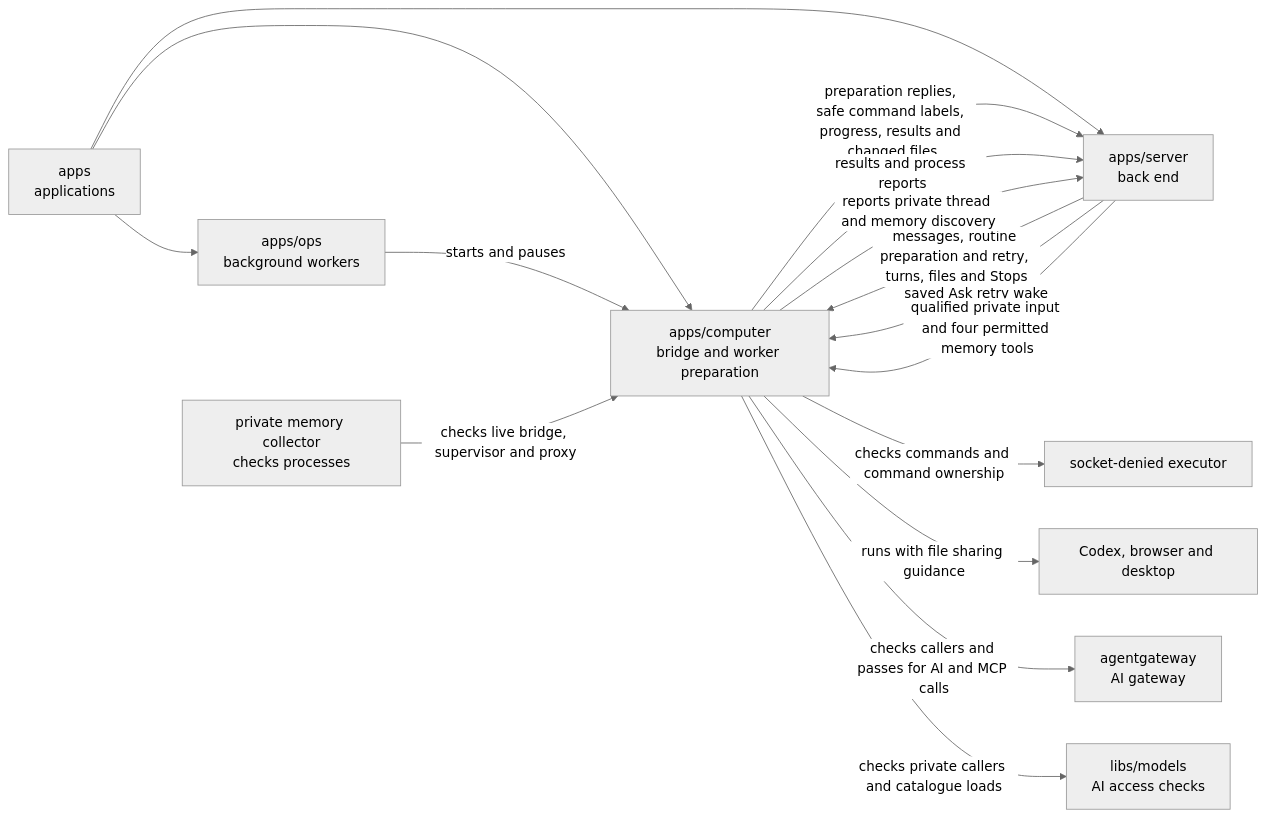
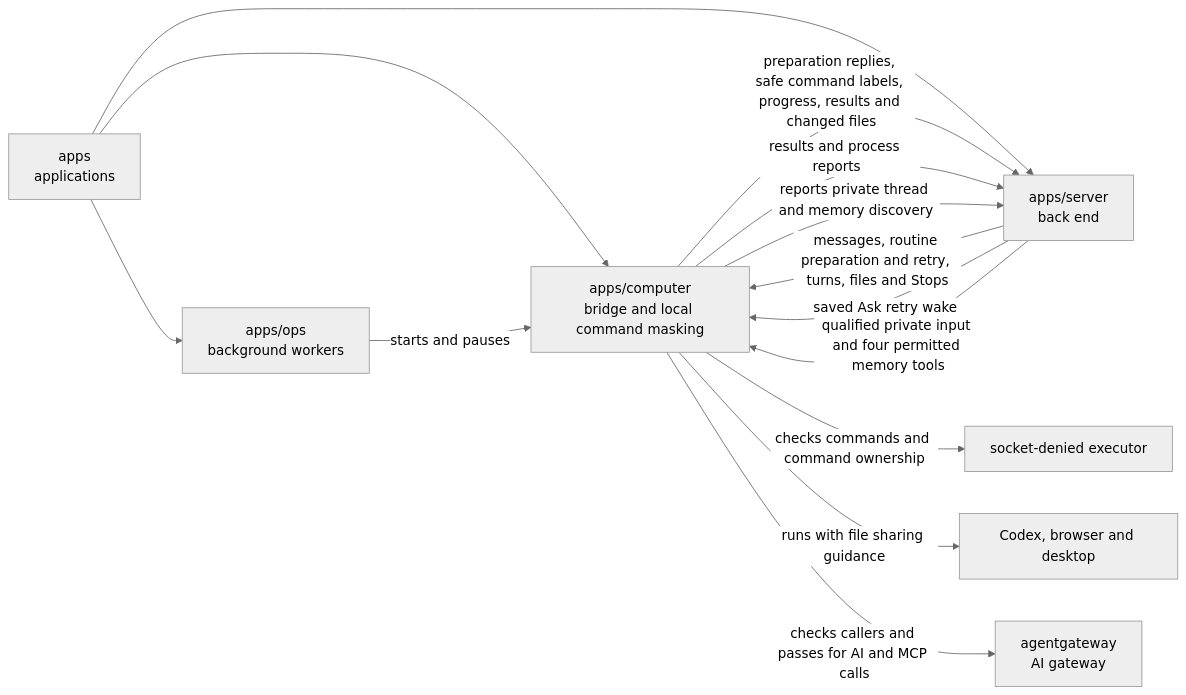
The diagram in apps/computer/README.md (elewa-git/opencrane-new), drawn with Mermaid (neutral theme) before and after one commit. The commit also changed other lines of this file and 7 other files, not shown here.

Commit message:
🔒 Prepare masked computer commands for private display

````diff
--- a/apps/computer/README.md
+++ b/apps/computer/README.md
@@ -16,18 +16,16 @@
 ```mermaid
 flowchart LR
-  apps["apps<br/>applications"] --> computer["apps/computer<br/>bridge and worker preparation"]
+  apps["apps<br/>applications"] --> computer["apps/computer<br/>bridge and local command masking"]
   apps --> ops["apps/ops<br/>background workers"]
   apps --> server["apps/server<br/>back end"]
   ops -->|starts and pauses| computer
   server -->|messages, routine preparation and retry, turns, files and Stops| computer
   server -->|saved Ask retry wake| computer
   computer -->|preparation replies, safe command labels, progress, results and changed files| server
   computer -->|results and process reports| server
   server -->|qualified private input and four permitted memory tools| computer
   computer -->|reports private thread and memory discovery| server
   computer -->|checks commands and command ownership| executor["socket-denied executor"]
   computer -->|runs with file sharing guidance| desktop["Codex, browser and desktop"]
   computer -->|checks callers and passes for AI and MCP calls| gateway["agentgateway<br/>AI gateway"]
-  computer -->|checks private callers and catalogue loads| models["libs/models<br/>AI access checks"]
-  collector["private memory collector<br/>checks processes"] -->|checks live bridge, supervisor and proxy| computer
 ```
````
